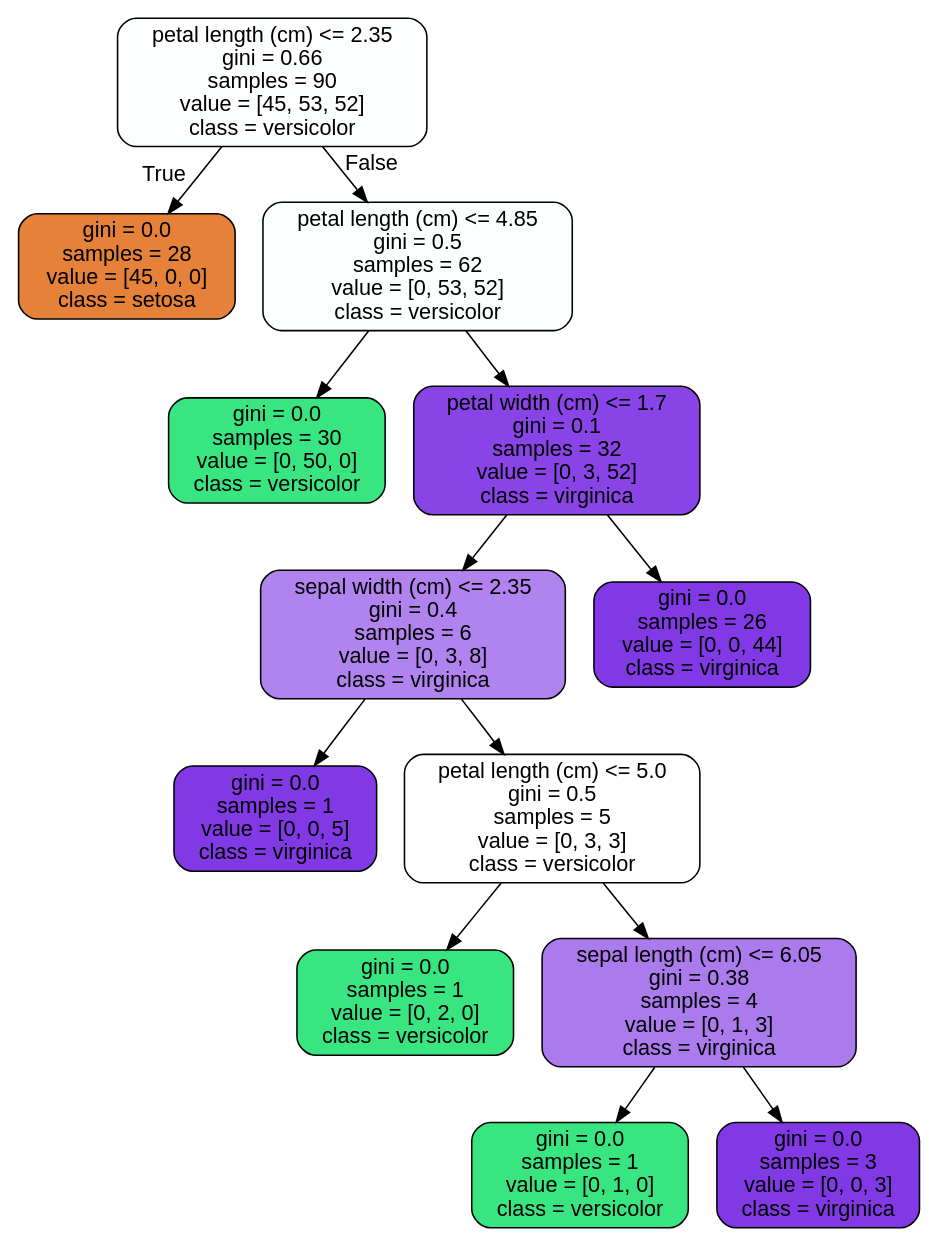
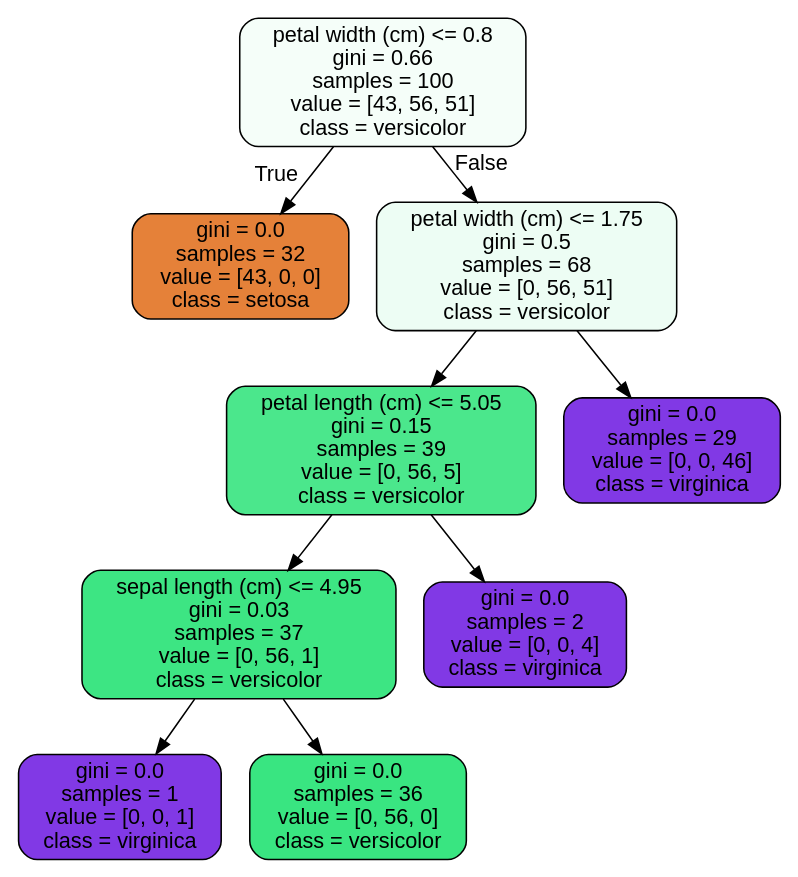
The diagram in Random_Forest_casestudy_covid19/tree.dot (Br111t/springboard), drawn with Graphviz before and after one commit. The commit also changed 3 other files, not shown here.

```diff
--- a/Random_Forest_casestudy_covid19/tree.dot
+++ b/Random_Forest_casestudy_covid19/tree.dot
@@ -1,29 +1,21 @@
 digraph Tree {
 node [shape=box, style="filled, rounded", color="black", fontname=helvetica] ;
 edge [fontname=helvetica] ;
-0 [label="petal length (cm) <= 2.35\ngini = 0.66\nsamples = 90\nvalue = [45, 53, 52]\nclass = versicolor", fillcolor="#fdfffe"] ;
-1 [label="gini = 0.0\nsamples = 28\nvalue = [45, 0, 0]\nclass = setosa", fillcolor="#e58139"] ;
+0 [label="petal width (cm) <= 0.8\ngini = 0.66\nsamples = 100\nvalue = [43, 56, 51]\nclass = versicolor", fillcolor="#f5fef9"] ;
+1 [label="gini = 0.0\nsamples = 32\nvalue = [43, 0, 0]\nclass = setosa", fillcolor="#e58139"] ;
 0 -> 1 [labeldistance=2.5, labelangle=45, headlabel="True"] ;
-2 [label="petal length (cm) <= 4.85\ngini = 0.5\nsamples = 62\nvalue = [0, 53, 52]\nclass = versicolor", fillcolor="#fbfffd"] ;
+2 [label="petal width (cm) <= 1.75\ngini = 0.5\nsamples = 68\nvalue = [0, 56, 51]\nclass = versicolor", fillcolor="#edfdf4"] ;
 0 -> 2 [labeldistance=2.5, labelangle=-45, headlabel="False"] ;
-3 [label="gini = 0.0\nsamples = 30\nvalue = [0, 50, 0]\nclass = versicolor", fillcolor="#39e581"] ;
+3 [label="petal length (cm) <= 5.05\ngini = 0.15\nsamples = 39\nvalue = [0, 56, 5]\nclass = versicolor", fillcolor="#4be78c"] ;
 2 -> 3 ;
-4 [label="petal width (cm) <= 1.7\ngini = 0.1\nsamples = 32\nvalue = [0, 3, 52]\nclass = virginica", fillcolor="#8844e6"] ;
-2 -> 4 ;
-5 [label="sepal width (cm) <= 2.35\ngini = 0.4\nsamples = 6\nvalue = [0, 3, 8]\nclass = virginica", fillcolor="#b083ef"] ;
+4 [label="sepal length (cm) <= 4.95\ngini = 0.03\nsamples = 37\nvalue = [0, 56, 1]\nclass = versicolor", fillcolor="#3de583"] ;
+3 -> 4 ;
+5 [label="gini = 0.0\nsamples = 1\nvalue = [0, 0, 1]\nclass = virginica", fillcolor="#8139e5"] ;
 4 -> 5 ;
-6 [label="gini = 0.0\nsamples = 1\nvalue = [0, 0, 5]\nclass = virginica", fillcolor="#8139e5"] ;
-5 -> 6 ;
-7 [label="petal length (cm) <= 5.0\ngini = 0.5\nsamples = 5\nvalue = [0, 3, 3]\nclass = versicolor", fillcolor="#ffffff"] ;
-5 -> 7 ;
-8 [label="gini = 0.0\nsamples = 1\nvalue = [0, 2, 0]\nclass = versicolor", fillcolor="#39e581"] ;
-7 -> 8 ;
-9 [label="sepal length (cm) <= 6.05\ngini = 0.38\nsamples = 4\nvalue = [0, 1, 3]\nclass = virginica", fillcolor="#ab7bee"] ;
-7 -> 9 ;
-10 [label="gini = 0.0\nsamples = 1\nvalue = [0, 1, 0]\nclass = versicolor", fillcolor="#39e581"] ;
-9 -> 10 ;
-11 [label="gini = 0.0\nsamples = 3\nvalue = [0, 0, 3]\nclass = virginica", fillcolor="#8139e5"] ;
-9 -> 11 ;
-12 [label="gini = 0.0\nsamples = 26\nvalue = [0, 0, 44]\nclass = virginica", fillcolor="#8139e5"] ;
-4 -> 12 ;
+6 [label="gini = 0.0\nsamples = 36\nvalue = [0, 56, 0]\nclass = versicolor", fillcolor="#39e581"] ;
+4 -> 6 ;
+7 [label="gini = 0.0\nsamples = 2\nvalue = [0, 0, 4]\nclass = virginica", fillcolor="#8139e5"] ;
+3 -> 7 ;
+8 [label="gini = 0.0\nsamples = 29\nvalue = [0, 0, 46]\nclass = virginica", fillcolor="#8139e5"] ;
+2 -> 8 ;
 }
```
